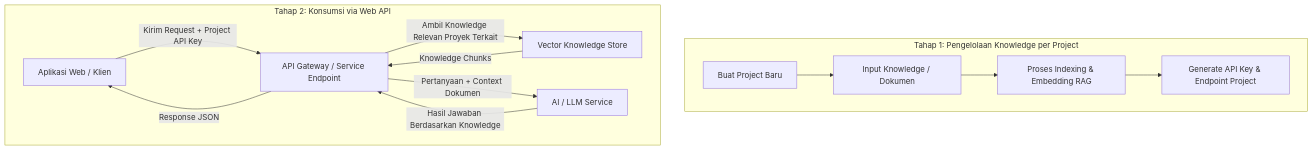
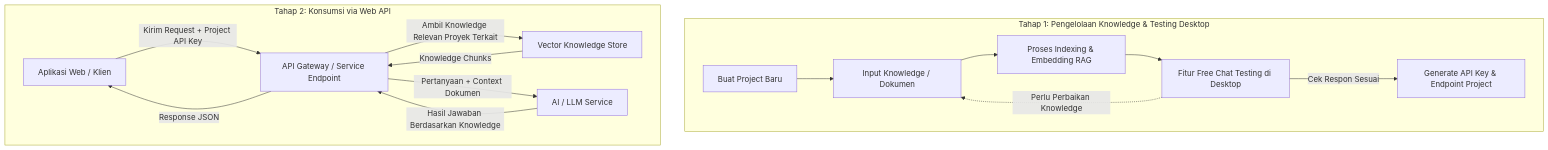
Before and after one commit to RP-Guruh/multiple-rag-project: the diagram in README.md, drawn with Mermaid. The commit also changed other lines of this file, not shown here.

Commit message:
Update README with installation guide and Free Chat testing feature

````diff
--- a/README.md
+++ b/README.md
@@ -22,17 +23,19 @@
 ```mermaid
 flowchart TD
-    subgraph Tahap 1: Pengelolaan Knowledge per Project
+    subgraph Tahap 1: Pengelolaan Knowledge & Testing Desktop
         A[Buat Project Baru] --> B[Input Knowledge / Dokumen]
         B --> C[Proses Indexing & Embedding RAG]
-        C --> D[Generate API Key & Endpoint Project]
+        C --> D[Fitur Free Chat Testing di Desktop]
+        D -->|Cek Respon Sesuai| E[Generate API Key & Endpoint Project]
+        D -.->|Perlu Perbaikan Knowledge| B
     end
 
     subgraph Tahap 2: Konsumsi via Web API
-        E[Aplikasi Web / Klien] -->|Kirim Request + Project API Key| F[API Gateway / Service Endpoint]
-        F -->|Ambil Knowledge Relevan Proyek Terkait| G[Vector Knowledge Store]
-        G -->|Knowledge Chunks| F
-        F -->|Pertanyaan + Context Dokumen| H[AI / LLM Service]
-        H -->|Hasil Jawaban Berdasarkan Knowledge| F
-        F -->|Response JSON| E
+        F[Aplikasi Web / Klien] -->|Kirim Request + Project API Key| G[API Gateway / Service Endpoint]
+        G -->|Ambil Knowledge Relevan Proyek Terkait| H[Vector Knowledge Store]
+        H -->|Knowledge Chunks| G
+        G -->|Pertanyaan + Context Dokumen| I[AI / LLM Service]
+        I -->|Hasil Jawaban Berdasarkan Knowledge| G
+        G -->|Response JSON| F
     end
 ```
````
